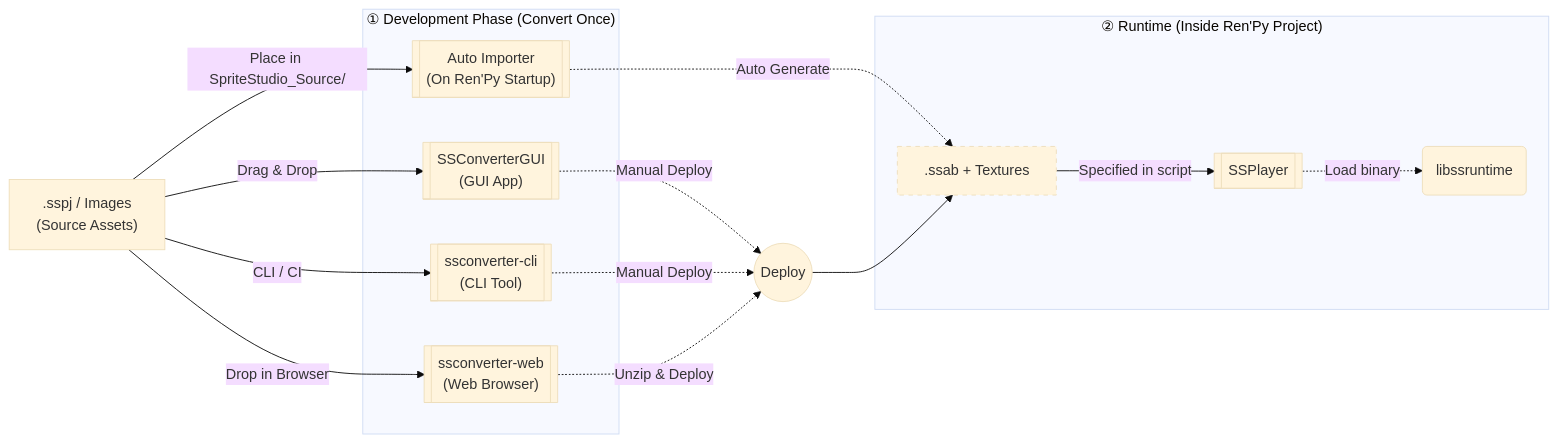
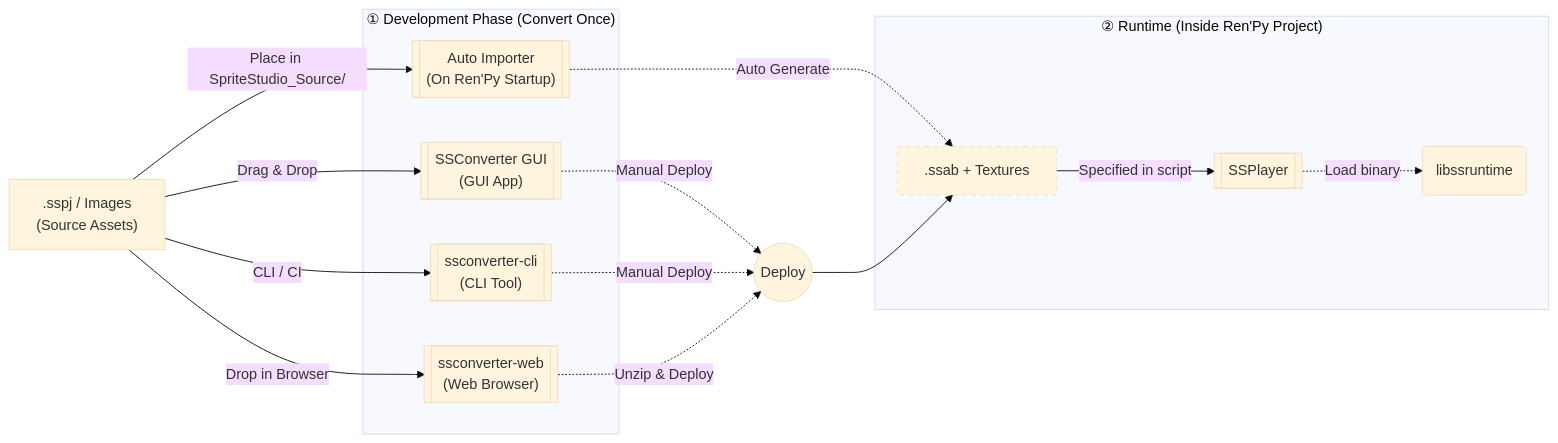
Before and after one commit to cri-middleware/SSPlayerForRenPy: the diagram in docs/en/import.md, drawn with Mermaid (base theme). The commit also changed other lines of this file and 3 other files, not shown here.

First line of the commit message:
docs: call the converter app SSConverter GUI

````diff
--- a/docs/en/import.md
+++ b/docs/en/import.md
@@ -7,36 +7,36 @@
 ```mermaid
 graph LR
     SS[" .sspj / Images<br>(Source Assets) "]
 
     subgraph Convert ["① Development Phase (Convert Once)"]
         AUTO[[" Auto Importer<br>(On Ren'Py Startup) "]]
-        GUI[[" SSConverterGUI<br>(GUI App) "]]
+        GUI[[" SSConverter GUI<br>(GUI App) "]]
         CLI[[" ssconverter-cli<br>(CLI Tool) "]]
         WEB[[" ssconverter-web<br>(Web Browser) "]]
     end
 
     DEPLOY(("Deploy"))
 
     subgraph RenPy ["② Runtime (Inside Ren'Py Project)"]
         BIN[" .ssab + Textures "]
         NODE[[ SSPlayer ]]
         RT(" libssruntime ")
     end
 
     SS -- "Place in SpriteStudio_Source/" --> AUTO
     SS -- "Drag & Drop" --> GUI
     SS -- "CLI / CI" --> CLI
     SS -- "Drop in Browser" --> WEB
     
     AUTO -. "Auto Generate" .-> BIN
     GUI -. "Manual Deploy" .-> DEPLOY
     CLI -. "Manual Deploy" .-> DEPLOY
     WEB -. "Unzip & Deploy" .-> DEPLOY
     
     DEPLOY --> BIN
     BIN -- "Specified in script" --> NODE
     NODE -. "Load binary" .-> RT
 
     classDef generated stroke-dasharray: 5 5;
     class BIN generated;
 ```
````
